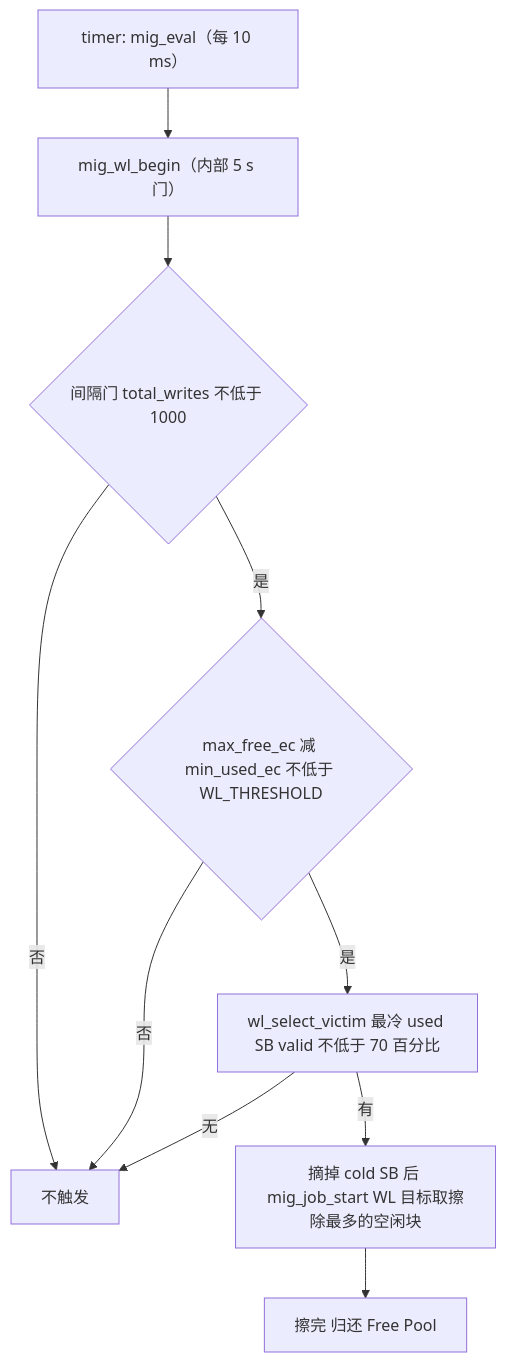
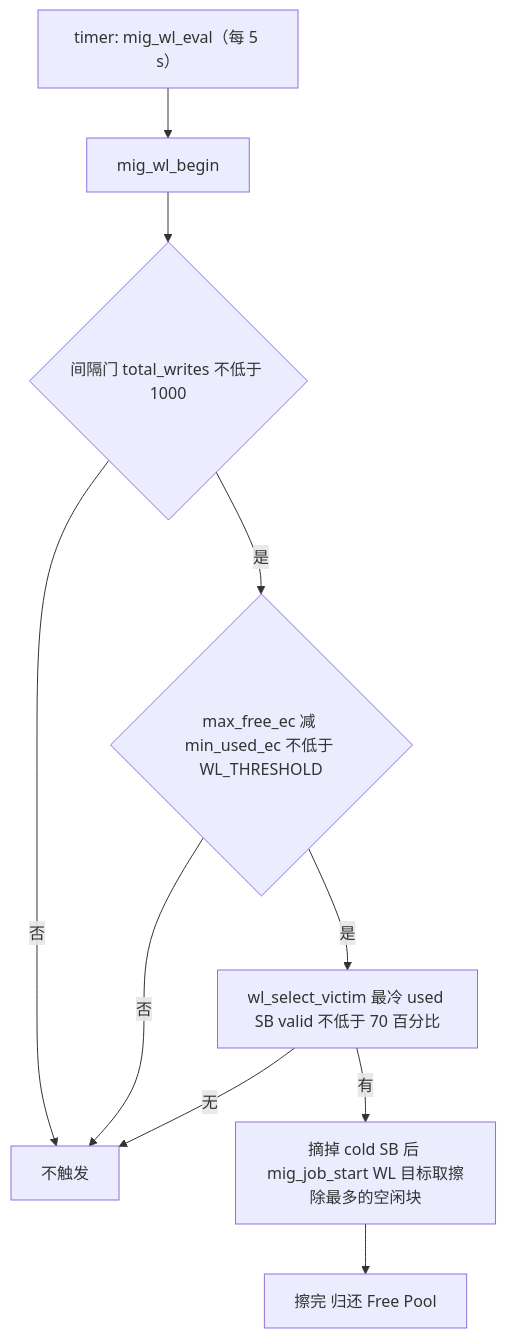
Before and after one commit to YzYMIAO/BASESSD: the ninth of 36 diagrams in docs/design/ftl_design.md, drawn with Mermaid. The commit also changed other lines of this file and 18 other files, not shown here.

````diff
--- a/docs/design/ftl_design.md
+++ b/docs/design/ftl_design.md
@@ -1635,12 +1636,12 @@
 ```mermaid
 flowchart TD
-    W1["timer: mig_eval（每 10 ms）"] --> W2["mig_wl_begin（内部 5 s 门）"]
+    W1["timer: mig_wl_eval（每 5 s）"] --> W2["mig_wl_begin"]
     W2 --> W3{"间隔门 total_writes 不低于 1000"}
     W3 -- "否" --> W0["不触发"]
     W3 -- "是" --> W4{"max_free_ec 减 min_used_ec 不低于 WL_THRESHOLD"}
     W4 -- "否" --> W0
     W4 -- "是" --> W5["wl_select_victim 最冷 used SB valid 不低于 70 百分比"]
     W5 -- "无" --> W0
     W5 -- "有" --> W6["摘掉 cold SB 后 mig_job_start WL 目标取擦除最多的空闲块"]
     W6 --> W7["擦完 归还 Free Pool"]
 ```
````
